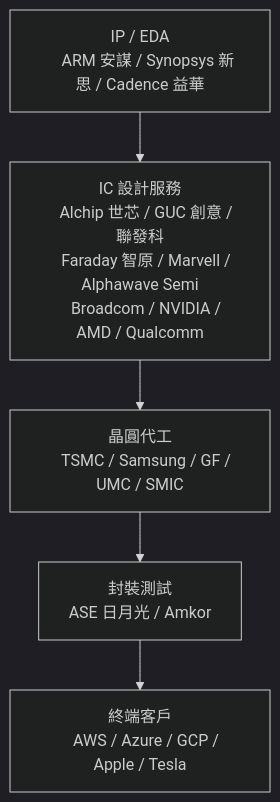
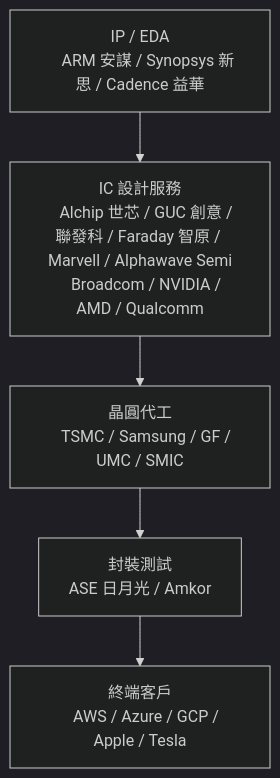
Before and after one commit to CiCicode/asic-compare: the diagram in README.md, drawn with Mermaid (dark theme).

````diff
--- a/README.md
+++ b/README.md
@@ -13,17 +13,16 @@
 ```mermaid
 flowchart TD
     A["IP / EDA
     ARM 安謀 / Synopsys 新思 / Cadence 益華"]
     B["IC 設計服務
-    Alchip 世芯 / GUC 創意 / 聯發科
-    Faraday 智原 / Marvell / Alphawave Semi
+    Alchip 世芯 / GUC 創意 / 聯發科 / Faraday 智原 / Marvell / Alphawave Semi
     Broadcom / NVIDIA / AMD / Qualcomm"]
     C["晶圓代工
     TSMC / Samsung / GF / UMC / SMIC"]
     D["封裝測試
     ASE 日月光 / Amkor"]
     E["終端客戶
     AWS / Azure / GCP / Apple / Tesla"]
 
     A --> B --> C --> D --> E
 ```
````
